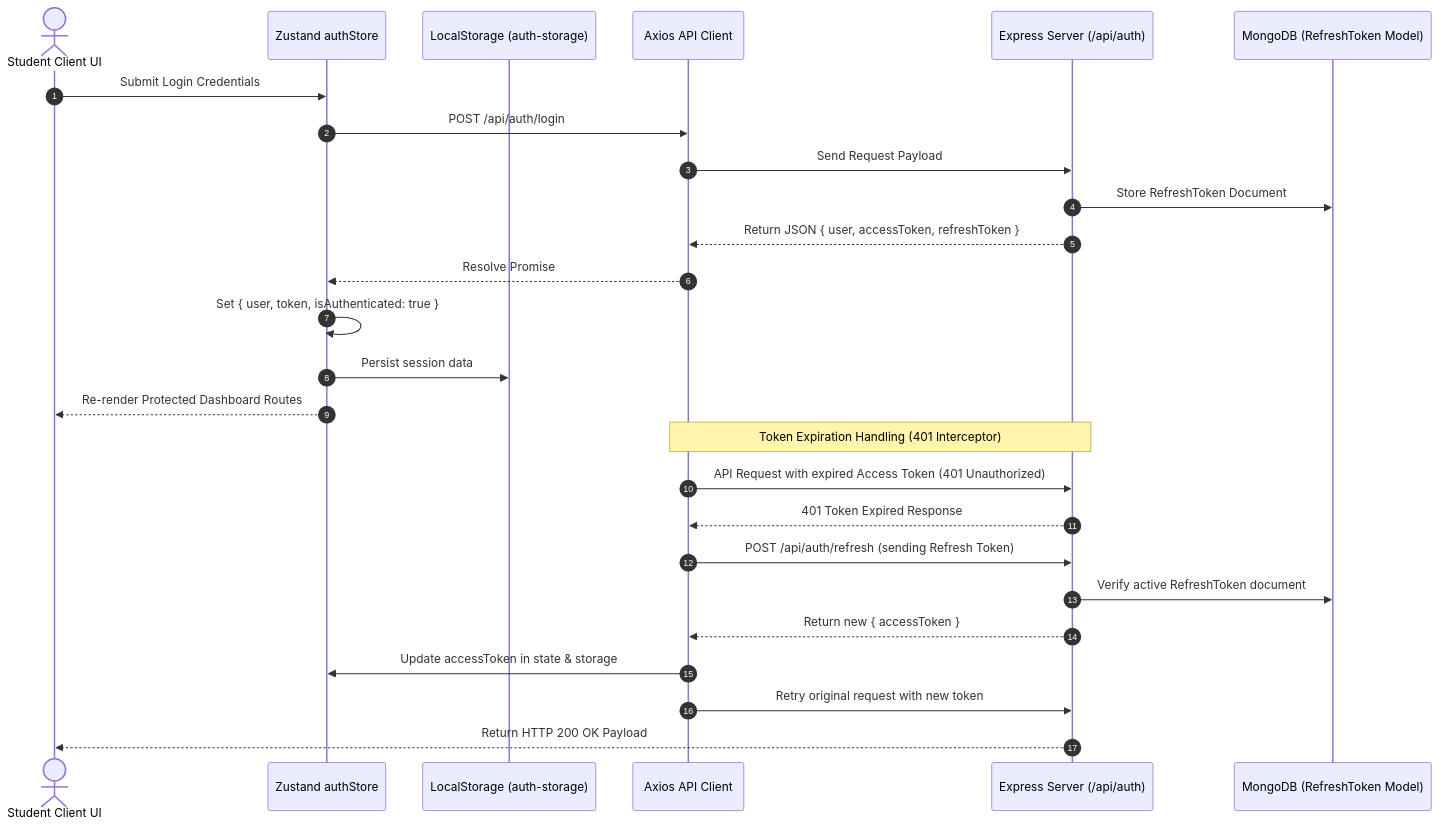
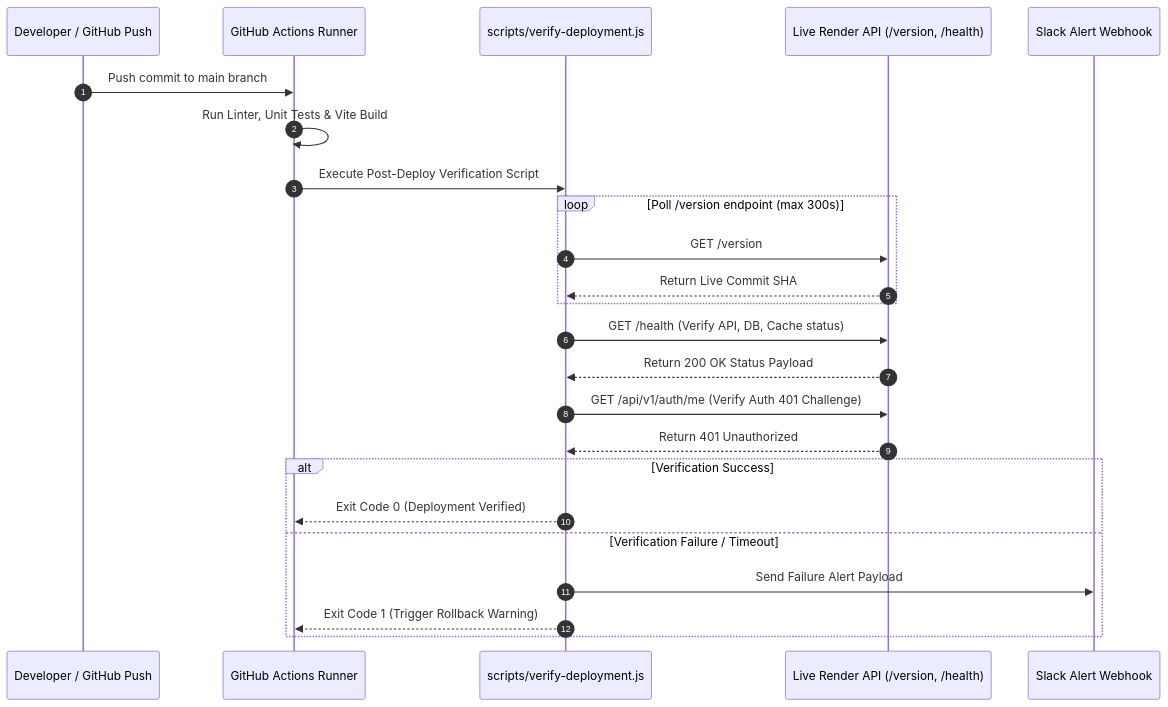
Before and after one commit to Aditya-Naikwadi/bookbuddy: the third of 3 diagrams in README.md, drawn with Mermaid. The commit also changed other lines of this file and 1 other file, not shown here.

Commit message:
docs: update master README and architecture design documents

````diff
--- a/README.md
+++ b/README.md
@@ -156,30 +234,27 @@
 ```mermaid
 sequenceDiagram
     autonumber
-    actor Student as Student Client UI
-    participant Store as Zustand authStore
-    participant Storage as LocalStorage (auth-storage)
-    participant Axios as Axios API Client
-    participant API as Express Server (/api/auth)
-    participant DB as MongoDB (RefreshToken Model)
+    participant Dev as Developer / GitHub Push
+    participant GHA as GitHub Actions Runner
+    participant Verifier as scripts/verify-deployment.js
+    participant Backend as Live Render API (/version, /health)
+    participant Slack as Slack Alert Webhook
 
-    Student->>Store: Submit Login Credentials
-    Store->>Axios: POST /api/auth/login
-    Axios->>API: Send Request Payload
-    API->>DB: Store RefreshToken Document
-    API-->>Axios: Return JSON { user, accessToken, refreshToken }
-    Axios-->>Store: Resolve Promise
-    Store->>Store: Set { user, token, isAuthenticated: true }
-    Store->>Storage: Persist session data
-    Store-->>Student: Re-render Protected Dashboard Routes
-
-    Note over Axios,API: Token Expiration Handling (401 Interceptor)
-    Axios->>API: API Request with expired Access Token (401 Unauthorized)
-    API-->>Axios: 401 Token Expired Response
-    Axios->>API: POST /api/auth/refresh (sending Refresh Token)
-    API->>DB: Verify active RefreshToken document
-    API-->>Axios: Return new { accessToken }
-    Axios->>Store: Update accessToken in state & storage
-    Axios->>API: Retry original request with new token
-    API-->>Student: Return HTTP 200 OK Payload
+    Dev->>GHA: Push commit to main branch
+    GHA->>GHA: Run Linter, Unit Tests & Vite Build
+    GHA->>Verifier: Execute Post-Deploy Verification Script
+    loop Poll /version endpoint (max 300s)
+        Verifier->>Backend: GET /version
+        Backend-->>Verifier: Return Live Commit SHA
+    end
+    Verifier->>Backend: GET /health (Verify API, DB, Cache status)
+    Backend-->>Verifier: Return 200 OK Status Payload
+    Verifier->>Backend: GET /api/v1/auth/me (Verify Auth 401 Challenge)
+    Backend-->>Verifier: Return 401 Unauthorized
+    alt Verification Success
+        Verifier-->>GHA: Exit Code 0 (Deployment Verified)
+    else Verification Failure / Timeout
+        Verifier->>Slack: Send Failure Alert Payload
+        Verifier-->>GHA: Exit Code 1 (Trigger Rollback Warning)
+    end
 ```
````
